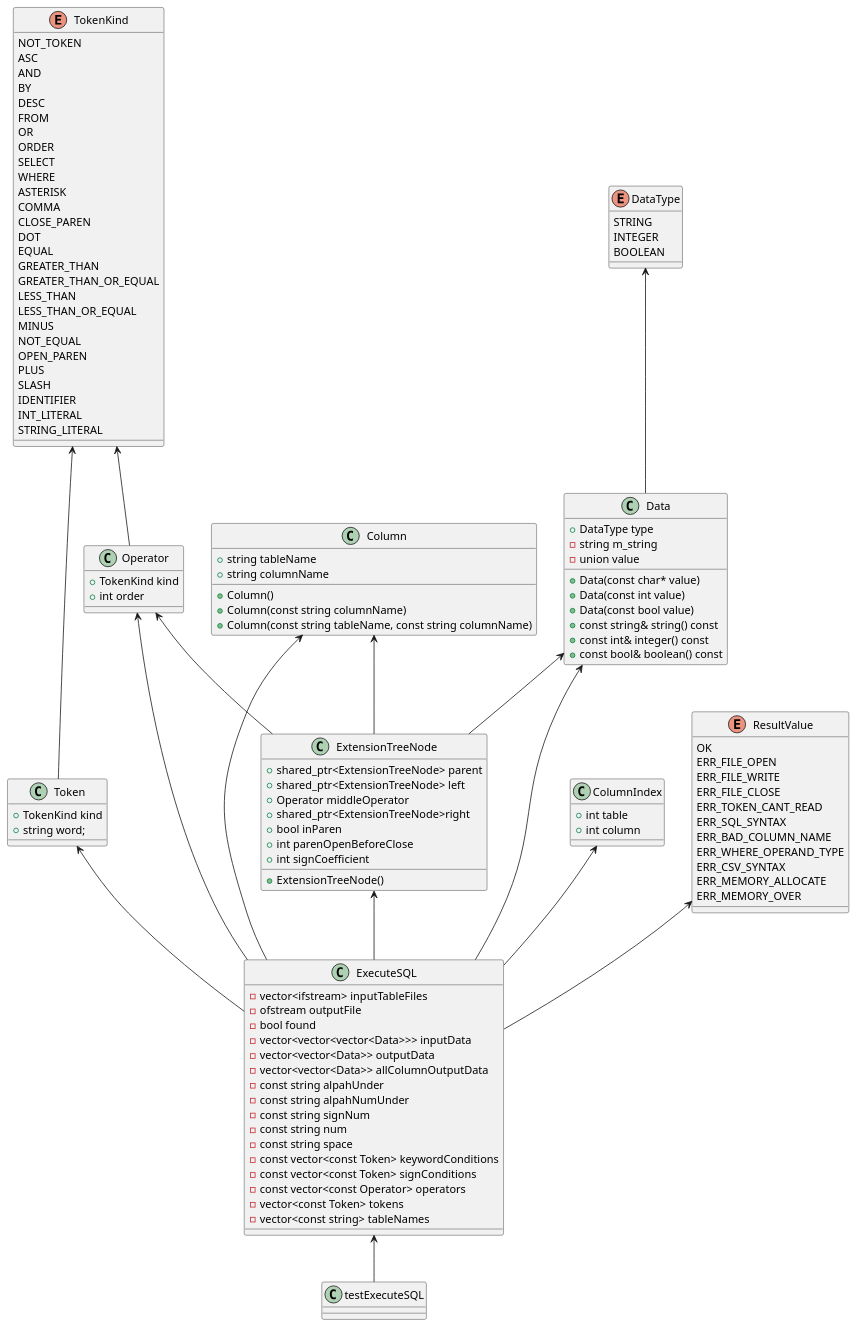
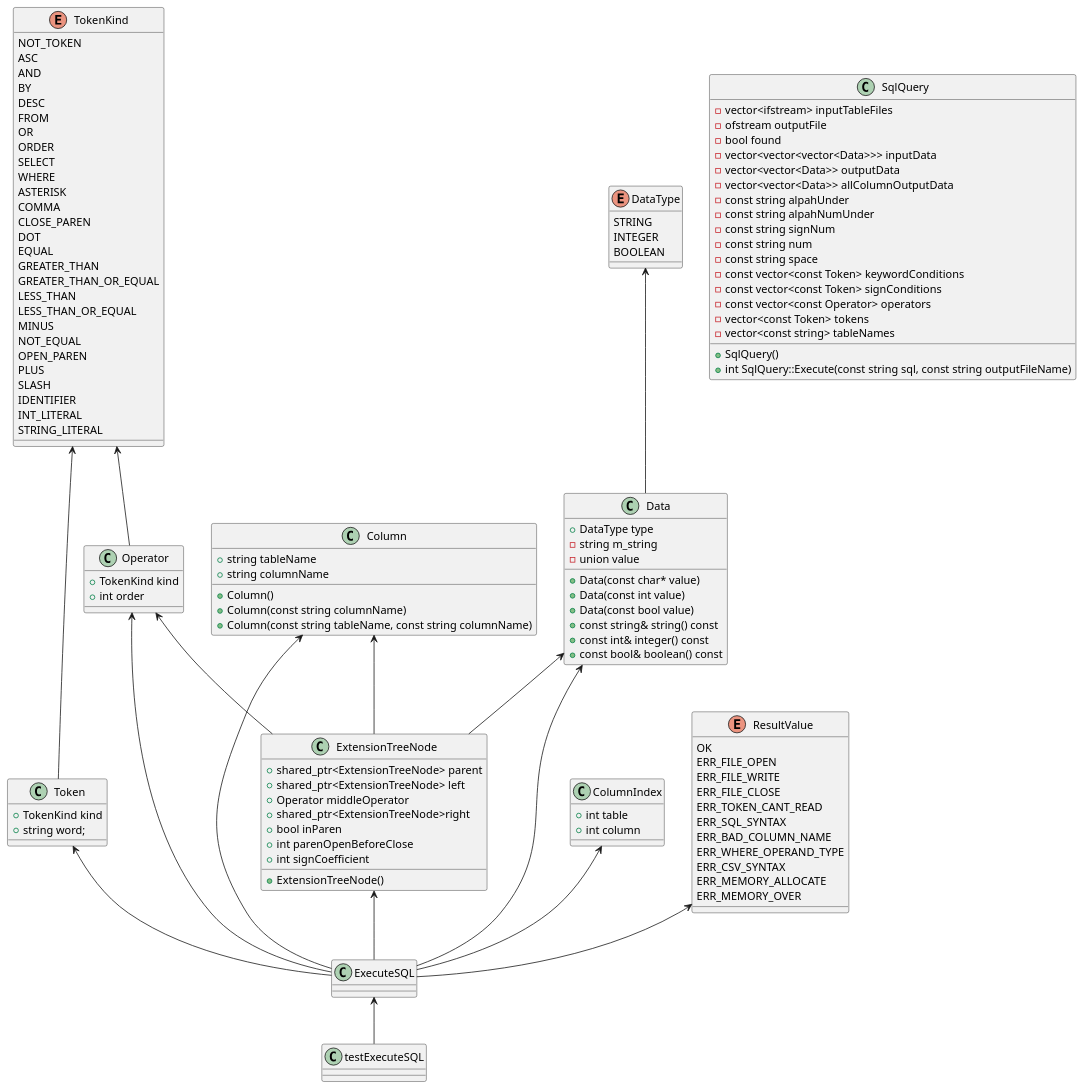
One commit to yotten/TinySQL changed the diagram in ExecuteSQL.pu. Above: the diagram before and after it, drawn with PlantUML. The commit also changed 2 other files, not shown here.

```diff
--- a/ExecuteSQL.pu
+++ b/ExecuteSQL.pu
@@ -1,124 +1,129 @@
 @startuml
 
 class testExecuteSQL {}
-class ExecuteSQL {
+class SqlQuery {
 	-vector<ifstream> inputTableFiles
 	-ofstream outputFile
 	-bool found
 	-vector<vector<vector<Data>>> inputData
 	-vector<vector<Data>> outputData
-	-vector<vector<Data>> allColumnOutputData
+	-vector<vector<Data>> allColumnOutputData	
 	-const string alpahUnder
 	-const string alpahNumUnder
 	-const string signNum
 	-const string num
 	-const string space
 	-const vector<const Token> keywordConditions
 	-const vector<const Token> signConditions
 	-const vector<const Operator> operators
 	-vector<const Token> tokens
 	-vector<const string> tableNames
+	+SqlQuery()
+	+int SqlQuery::Execute(const string sql, const string outputFileName)
+}
+class ExecuteSQL {
+	
 }	
 class Data {
     +DataType type
 	-string m_string
 	-union value
 	+Data(const char* value)
 	+Data(const int value)
 	+Data(const bool value)
 	+const string& string() const
 	+const int& integer() const
 	+const bool& boolean() const
 }
 class Operator{
     +TokenKind kind
     +int order
 }
 class Token{
     +TokenKind kind
     +string word;
 }
 class ExtensionTreeNode{
 	+shared_ptr<ExtensionTreeNode> parent
 	+shared_ptr<ExtensionTreeNode> left
 	+Operator middleOperator
 	+shared_ptr<ExtensionTreeNode>right
 	+bool inParen
 	+int parenOpenBeforeClose
 	+int signCoefficient
 	+ExtensionTreeNode()
 }
 class ColumnIndex{
     +int table
     +int column
 }
 class Column{
     +string tableName
     +string columnName
     +Column()
     +Column(const string columnName)
     +Column(const string tableName, const string columnName)
 }
 enum DataType{
    	STRING
 	INTEGER
 	BOOLEAN
 }
 enum TokenKind{
     NOT_TOKEN
 	ASC
 	AND
 	BY
 	DESC
 	FROM
 	OR
 	ORDER
 	SELECT
 	WHERE
 	ASTERISK
 	COMMA
 	CLOSE_PAREN
 	DOT
 	EQUAL
 	GREATER_THAN
 	GREATER_THAN_OR_EQUAL
 	LESS_THAN
 	LESS_THAN_OR_EQUAL
 	MINUS
 	NOT_EQUAL
 	OPEN_PAREN
 	PLUS
 	SLASH
 	IDENTIFIER
 	INT_LITERAL
 	STRING_LITERAL
 }
 enum ResultValue{
     OK
 	ERR_FILE_OPEN
 	ERR_FILE_WRITE
 	ERR_FILE_CLOSE
 	ERR_TOKEN_CANT_READ
 	ERR_SQL_SYNTAX
 	ERR_BAD_COLUMN_NAME
 	ERR_WHERE_OPERAND_TYPE
 	ERR_CSV_SYNTAX
 	ERR_MEMORY_ALLOCATE
 	ERR_MEMORY_OVER
 }
 
 ExecuteSQL <-- testExecuteSQL
 Data <-- ExecuteSQL
 Operator <-- ExecuteSQL
 Token <-- ExecuteSQL
 ExtensionTreeNode <-- ExecuteSQL
 ColumnIndex <-- ExecuteSQL
 Column <-- ExecuteSQL
 ResultValue <-- ExecuteSQL
 DataType <-- Data
 TokenKind <-- Token
 TokenKind <-- Operator
 Operator <-- ExtensionTreeNode
 Column <-- ExtensionTreeNode
 Data <-- ExtensionTreeNode
 @enduml
```
